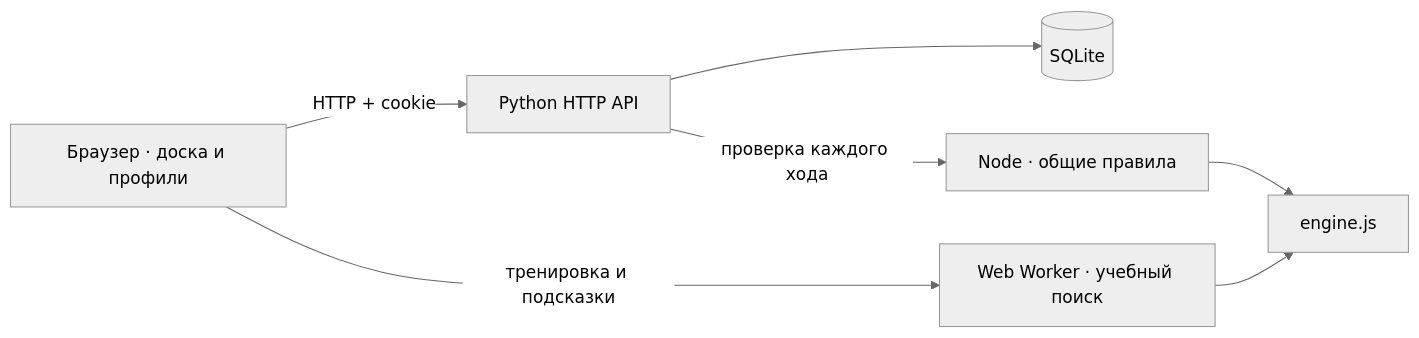
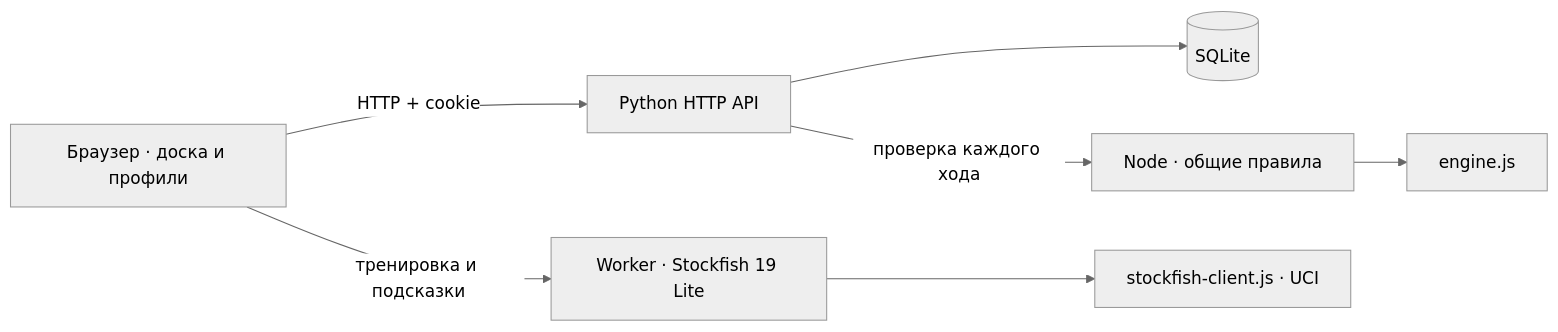
One commit to ubica1/doctor-chess changed the diagram in docs/ARCHITECTURE.md. Above: the diagram before and after it, drawn with Mermaid (neutral theme). The commit also changed other lines of this file and 7 other files, not shown here.

````diff
--- a/docs/ARCHITECTURE.md
+++ b/docs/ARCHITECTURE.md
@@ -5,9 +5,9 @@
 ```mermaid
 flowchart LR
   UI[Браузер · доска и профили] -->|HTTP + cookie| API[Python HTTP API]
   API --> DB[(SQLite)]
   API -->|проверка каждого хода| Rules[Node · общие правила]
-  UI -->|тренировка и подсказки| Worker[Web Worker · учебный поиск]
-  Worker --> Engine[engine.js]
-  Rules --> Engine
+  UI -->|тренировка и подсказки| Worker[Worker · Stockfish 19 Lite]
+  Worker --> UCI[stockfish-client.js · UCI]
+  Rules --> Engine[engine.js]
 ```
````
